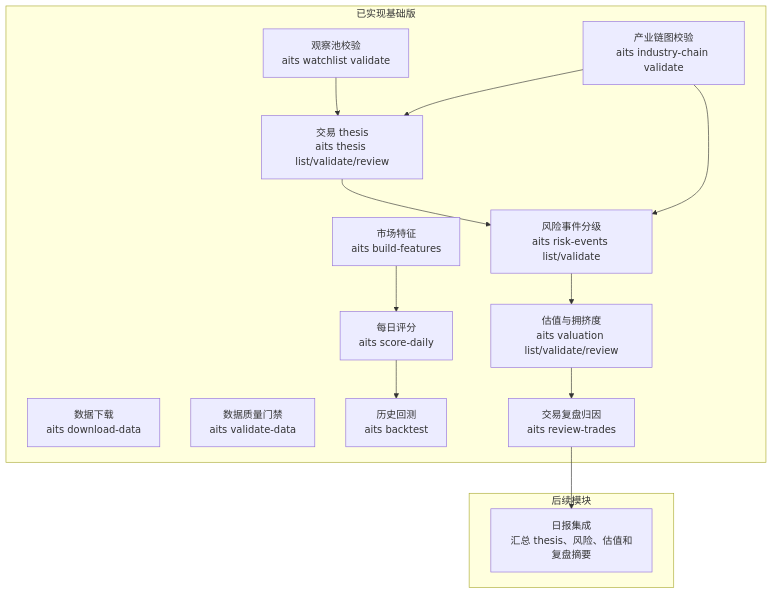
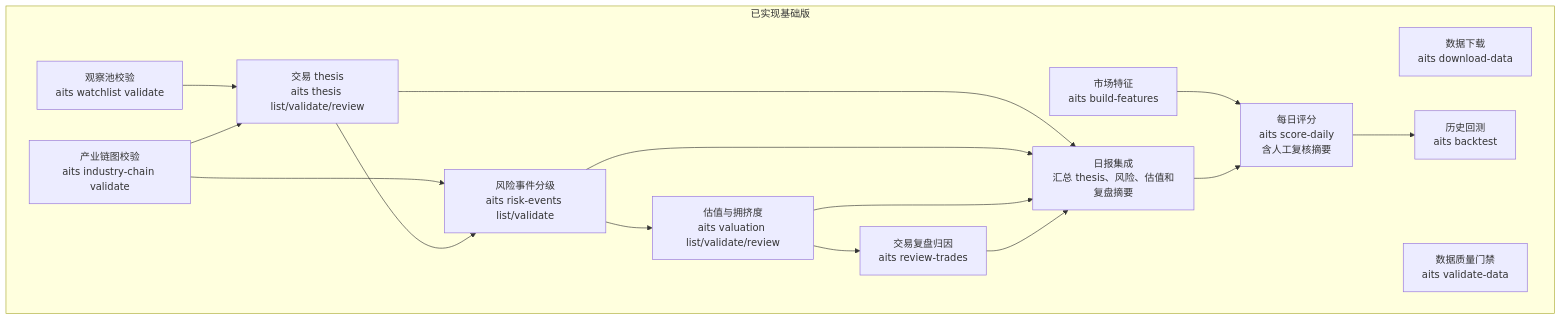
The fifth of 5 diagrams in docs/system_flow.md (AI-Trading-Collaboration/AITradingSystem), drawn with Mermaid before and after one commit. The commit also changed other lines of this file and 8 other files, not shown here.

````diff
--- a/docs/system_flow.md
+++ b/docs/system_flow.md
@@ -253,30 +259,31 @@
 ```mermaid
 flowchart TD
     subgraph Done["已实现基础版"]
         A["数据下载<br/>aits download-data"]
         B["数据质量门禁<br/>aits validate-data"]
         C["市场特征<br/>aits build-features"]
-        D["每日评分<br/>aits score-daily"]
+        D["每日评分<br/>aits score-daily<br/>含人工复核摘要"]
         E["历史回测<br/>aits backtest"]
         F["观察池校验<br/>aits watchlist validate"]
         G["产业链图校验<br/>aits industry-chain validate"]
         H["交易 thesis<br/>aits thesis list/validate/review"]
         I["风险事件分级<br/>aits risk-events list/validate"]
         J["估值与拥挤度<br/>aits valuation list/validate/review"]
         K["交易复盘归因<br/>aits review-trades"]
-    end
-
-    subgraph Next["后续模块"]
         L["日报集成<br/>汇总 thesis、风险、估值和复盘摘要"]
     end
 
     C --> D
     D --> E
     F --> H
     G --> H
     G --> I
     H --> I
     I --> J
     J --> K
+    H --> L
+    I --> L
+    J --> L
     K --> L
+    L --> D
 ```
````
